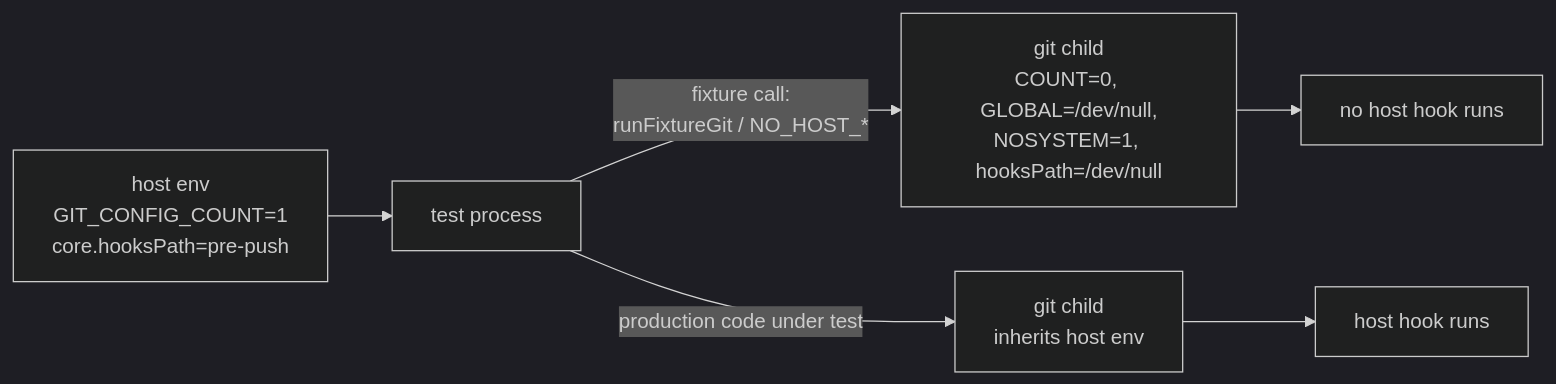
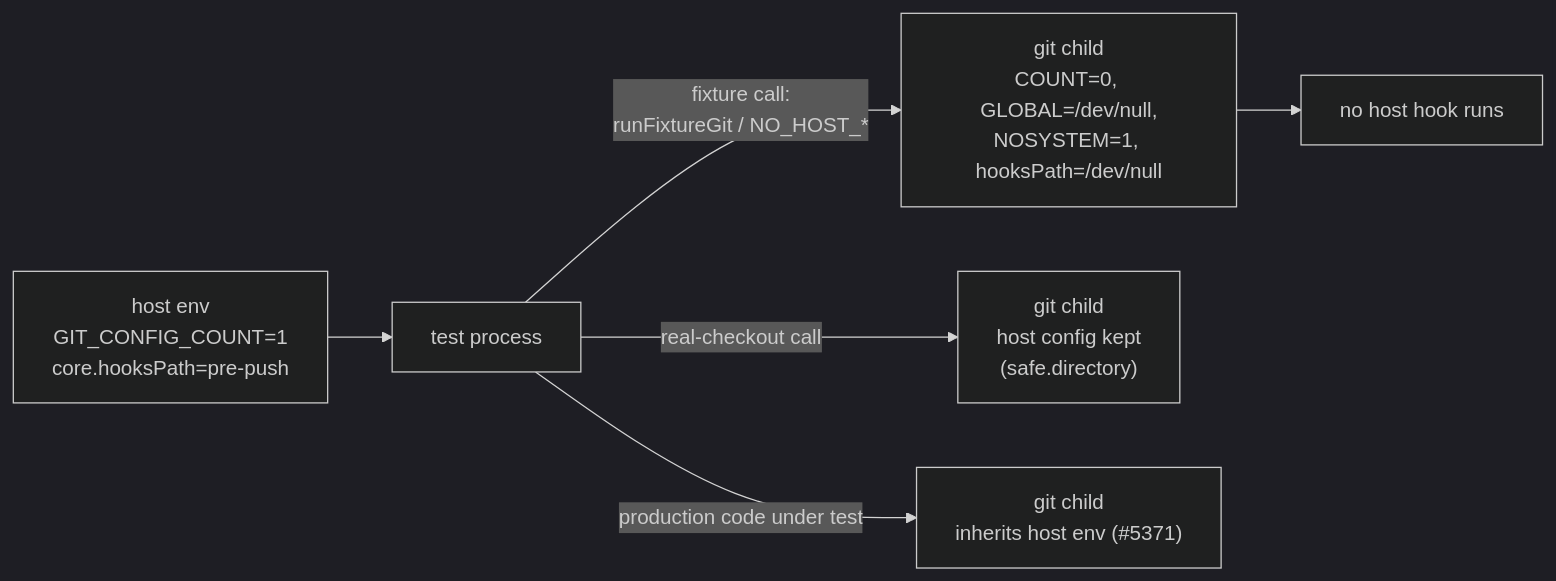
One commit to stSoftwareAU/VibeCoder changed the diagram in docs/archive/pr-summaries/pr-summary-5309.md. Above: the diagram before and after it, drawn with Mermaid (dark theme). The commit also changed other lines of this file, not shown here.

````diff
--- a/docs/archive/pr-summaries/pr-summary-5309.md
+++ b/docs/archive/pr-summaries/pr-summary-5309.md
@@ -79,8 +85,8 @@
 ```mermaid
 flowchart LR
     H["host env<br/>GIT_CONFIG_COUNT=1<br/>core.hooksPath=pre-push"] --> T[test process]
     T -->|"fixture call:<br/>runFixtureGit / NO_HOST_*"| G1["git child<br/>COUNT=0, GLOBAL=/dev/null,<br/>NOSYSTEM=1, hooksPath=/dev/null"]
-    T -->|"production code under test"| G2["git child<br/>inherits host env"]
+    T -->|"real-checkout call"| G3["git child<br/>host config kept<br/>(safe.directory)"]
+    T -->|"production code under test"| G2["git child<br/>inherits host env (#5371)"]
     G1 --> OK[no host hook runs]
-    G2 --> HK[host hook runs]
 ```
````
